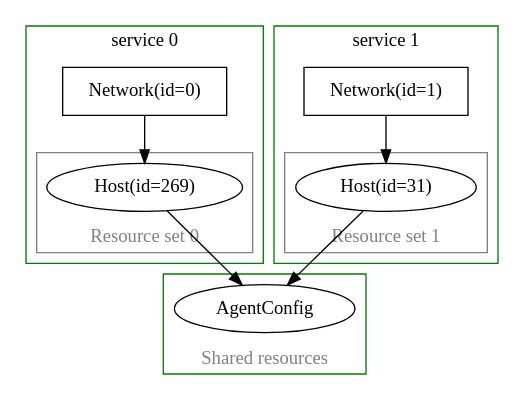
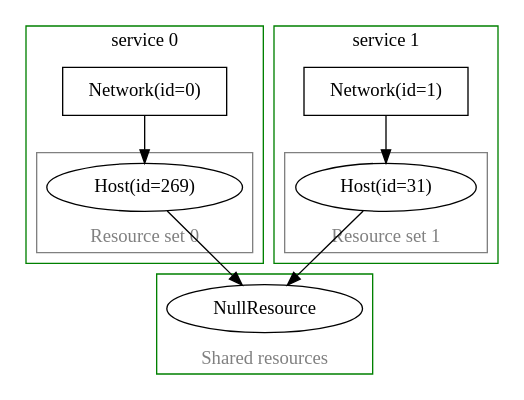
The seventh of 8 diagrams in docs/model_developers/resource_sets.rst (inmanta/inmanta-core), drawn with Graphviz before and after one commit. The commit also changed other lines of this file and 25 other files, not shown here.

```diff
--- a/docs/model_developers/resource_sets.rst
+++ b/docs/model_developers/resource_sets.rst
@@ -490,39 +490,39 @@
 .. digraph:: resource_sets_example_valid_dependencies
     :caption: Two resource sets satisfying the dependency constraints
 
     subgraph cluster_shared {
-        AgentConfig;
+        NullResource;
         color = "green";
         fontcolor = "grey";
         label = "Shared resources";
         labelloc = "bottom";
     }
 
     subgraph cluster_service0 {
         "Network(id=0)" [shape=rectangle];
         "Network(id=0)" -> subgraph cluster_resources0 {
             "Host(id=269)";
             color = "grey";
             fontcolor = "grey";
             label = "Resource set 0";
             labelloc = "bottom";
         }
         color = "green";
         label = "service 0";
         labelloc = "top";
     }
     subgraph cluster_service1 {
         "Network(id=1)" [shape=rectangle];
         "Network(id=1)" -> subgraph cluster_resources1 {
             "Host(id=31)";
             color = "grey";
             fontcolor = "grey";
             label = "Resource set 1";
             labelloc = "bottom";
         }
         color = "green";
         label = "service 1";
         labelloc = "top";
     }
 
-    {"Host(id=269)" "Host(id=31)"} -> "AgentConfig";
+    {"Host(id=269)" "Host(id=31)"} -> "NullResource";
```
